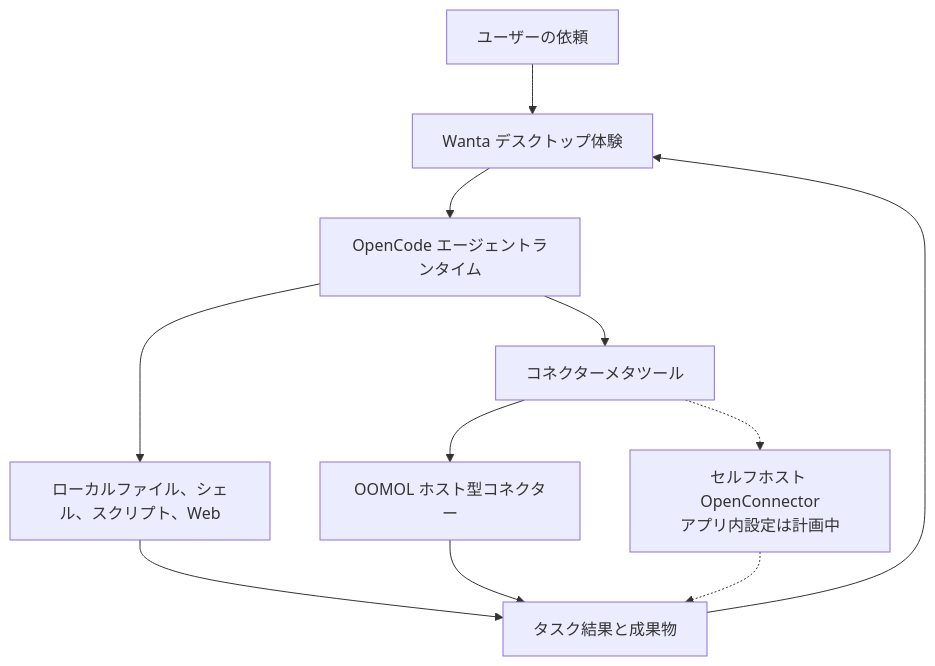
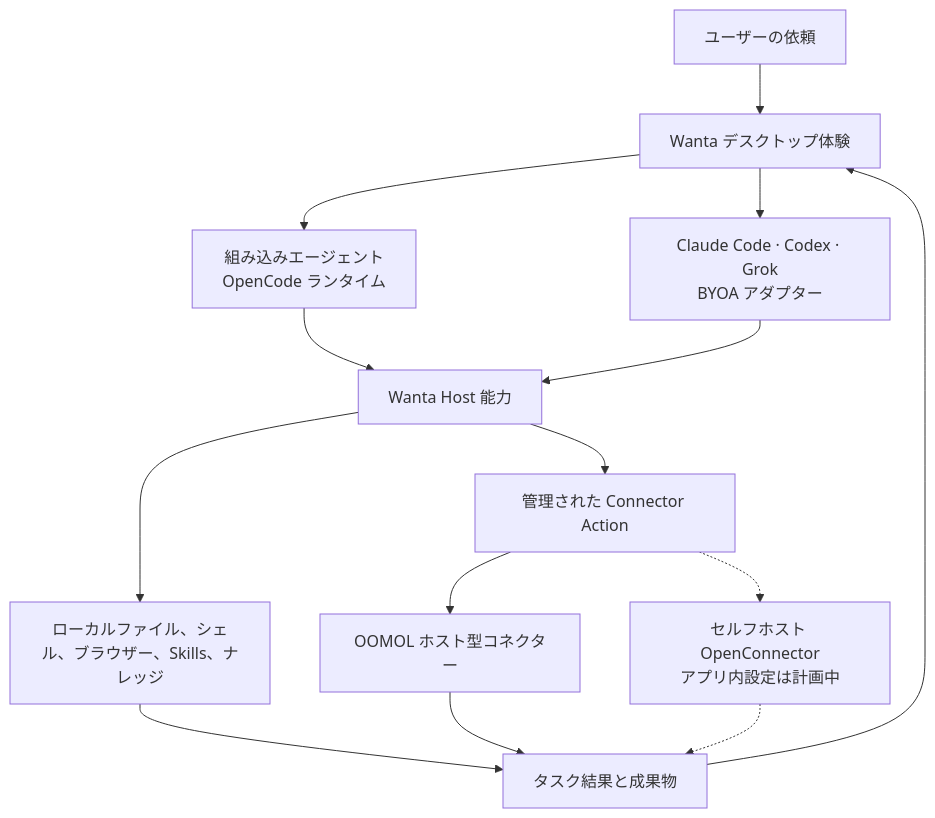
The diagram in README.ja.md (oomol-lab/wanta), drawn with Mermaid before and after one commit. The commit also changed other lines of this file and 6 other files, not shown here.

First line of the commit message:
docs: highlight Wanta's open agent platform (#365)

````diff
--- a/README.ja.md
+++ b/README.ja.md
@@ -150,13 +207,16 @@
 ```mermaid
 flowchart TB
   User["ユーザーの依頼"] --> UI["Wanta デスクトップ体験"]
-  UI --> Agent["OpenCode エージェントランタイム"]
-  Agent --> Local["ローカルファイル、シェル、スクリプト、Web"]
-  Agent --> Link["コネクターメタツール"]
+  UI --> BuiltIn["組み込みエージェント<br/>OpenCode ランタイム"]
+  UI --> BYOA["Claude Code · Codex · Grok<br/>BYOA アダプター"]
+  BuiltIn --> Host["Wanta Host 能力"]
+  BYOA --> Host
+  Host --> Local["ローカルファイル、シェル、ブラウザー、Skills、ナレッジ"]
+  Host --> Link["管理された Connector Action"]
   Link --> Hosted["OOMOL ホスト型コネクター"]
   Link -.-> SelfHosted["セルフホスト OpenConnector<br/>アプリ内設定は計画中"]
   Local --> Result["タスク結果と成果物"]
   Hosted --> Result
   SelfHosted -.-> Result
   Result --> UI
 ```
````
